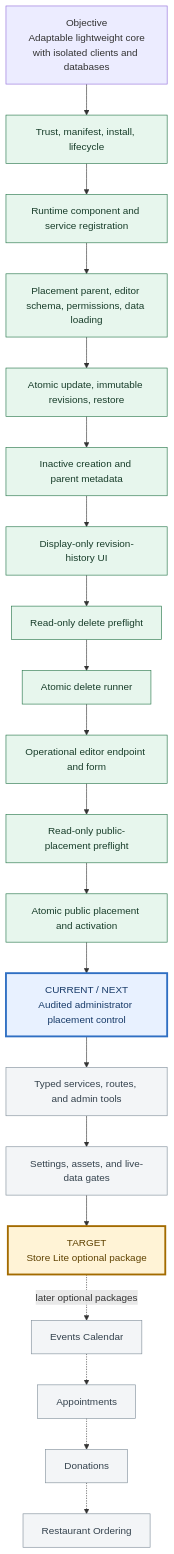
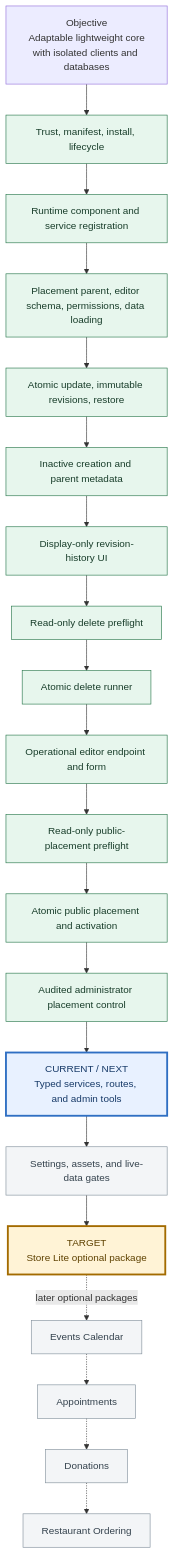
The diagram in docs/ADD-ON-PLATFORM-STATUS.md (orojas01-glitch/redcms), drawn with Mermaid before and after one commit. The commit also changed other lines of this file and 14 other files, not shown here.

Commit message:
Add audited component placement control

````diff
--- a/docs/ADD-ON-PLATFORM-STATUS.md
+++ b/docs/ADD-ON-PLATFORM-STATUS.md
@@ -7,32 +7,32 @@
 ```mermaid
 flowchart TD
     O["Objective<br/>Adaptable lightweight core<br/>with isolated clients and databases"]
     O --> F1["Trust, manifest, install, lifecycle"]
     F1 --> F2["Runtime component and service registration"]
     F2 --> F3["Placement parent, editor schema, permissions, data loading"]
     F3 --> F4["Atomic update, immutable revisions, restore"]
     F4 --> F5["Inactive creation and parent metadata"]
     F5 --> F6["Display-only revision-history UI"]
     F6 --> F7["Read-only delete preflight"]
     F7 --> F8["Atomic delete runner"]
     F8 --> F9["Operational editor endpoint and form"]
     F9 --> F10["Read-only public-placement preflight"]
     F10 --> F11["Atomic public placement and activation"]
-    F11 --> C["CURRENT / NEXT<br/>Audited administrator placement control"]
-    C --> G4["Typed services, routes, and admin tools"]
-    G4 --> G5["Settings, assets, and live-data gates"]
+    F11 --> F12["Audited administrator placement control"]
+    F12 --> C["CURRENT / NEXT<br/>Typed services, routes, and admin tools"]
+    C --> G5["Settings, assets, and live-data gates"]
     G5 --> S["TARGET<br/>Store Lite optional package"]
     S -. later optional packages .-> E["Events Calendar"]
     E -.-> A["Appointments"]
     A -.-> D["Donations"]
     D -.-> R["Restaurant Ordering"]
 
     classDef complete fill:#e7f6ed,stroke:#27764a,color:#183d2a;
     classDef current fill:#e8f1ff,stroke:#2f6fc3,color:#173a68,stroke-width:3px;
     classDef remaining fill:#f3f5f7,stroke:#82909c,color:#34424d;
     classDef target fill:#fff3d6,stroke:#a36b00,color:#5e4100,stroke-width:3px;
-    class F1,F2,F3,F4,F5,F6,F7,F8,F9,F10,F11 complete;
+    class F1,F2,F3,F4,F5,F6,F7,F8,F9,F10,F11,F12 complete;
     class C current;
-    class G4,G5,E,A,D,R remaining;
+    class G5,E,A,D,R remaining;
     class S target;
 ```
````
